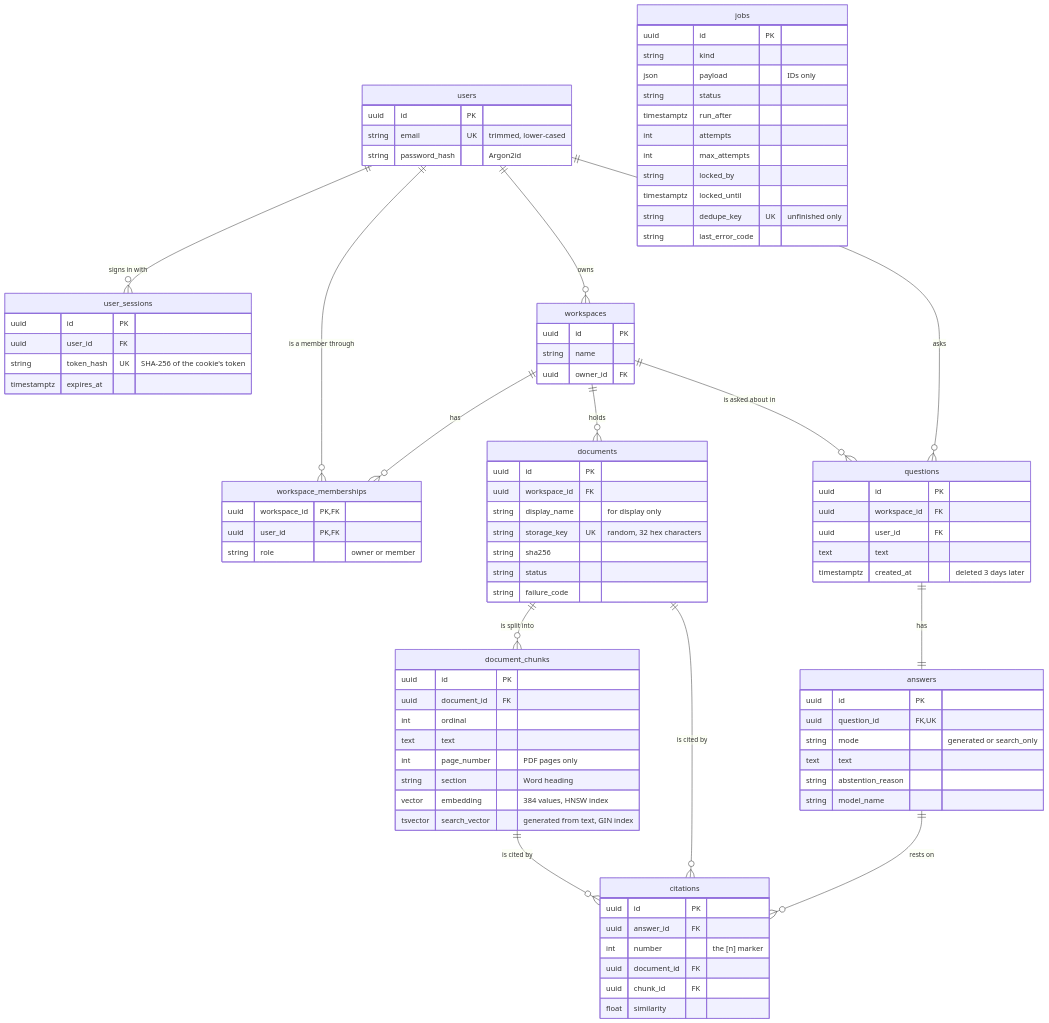
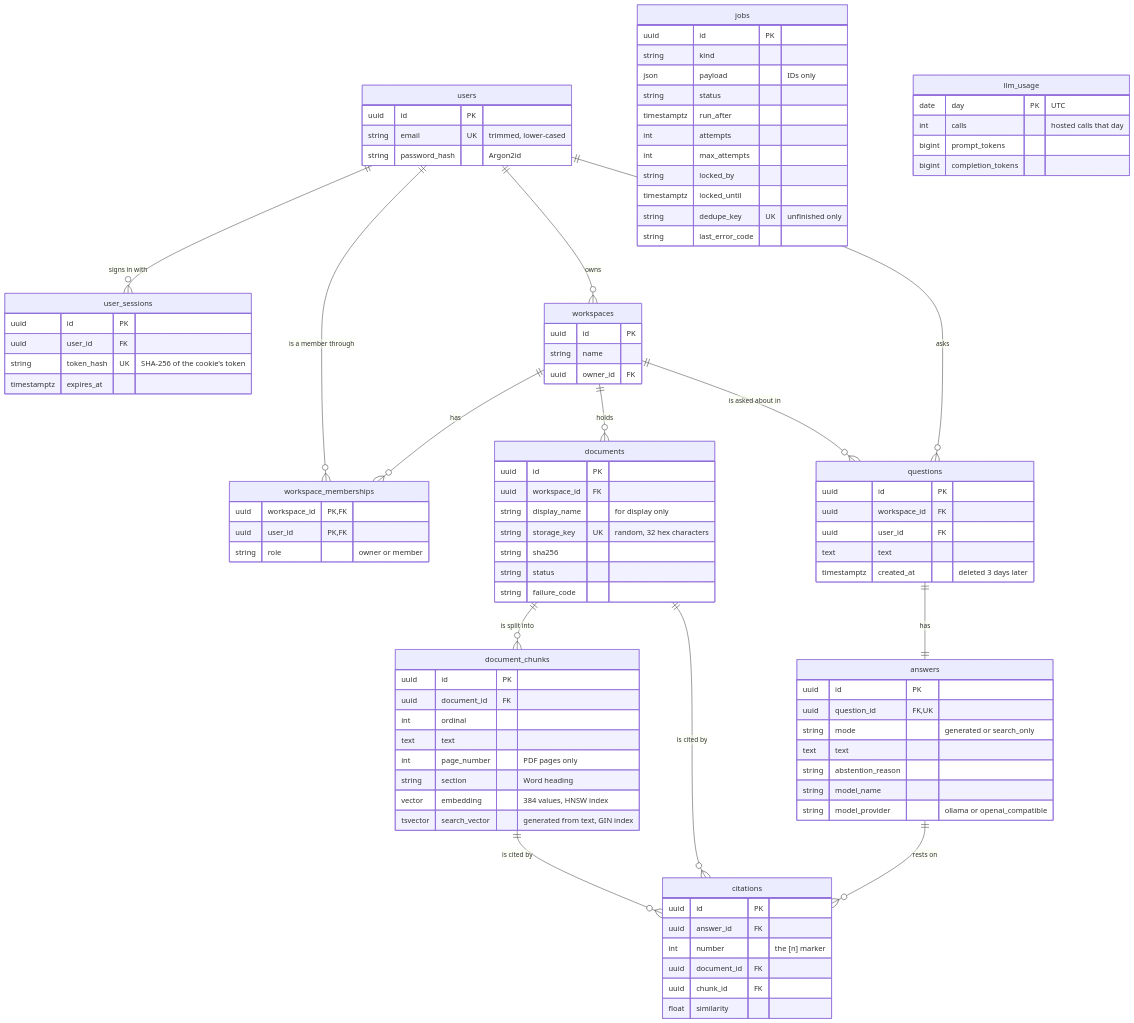
The fifth of 5 diagrams in docs/architecture/README.md (tatpudiarvind/evidence-backed-knowledge-assistant), drawn with Mermaid before and after one commit. The commit also changed other lines of this file and 34 other files, not shown here.

First line of the commit message:
Add a hosted OpenAI-compatible language model adapter (Phase 9)

```diff
--- a/docs/architecture/README.md
+++ b/docs/architecture/README.md
@@ -267,6 +269,13 @@
         text text
         string abstention_reason
         string model_name
+        string model_provider "ollama or openai_compatible"
+    }
+    llm_usage {
+        date day PK "UTC"
+        int calls "hosted calls that day"
+        bigint prompt_tokens
+        bigint completion_tokens
     }
     citations {
         uuid id PK
```
